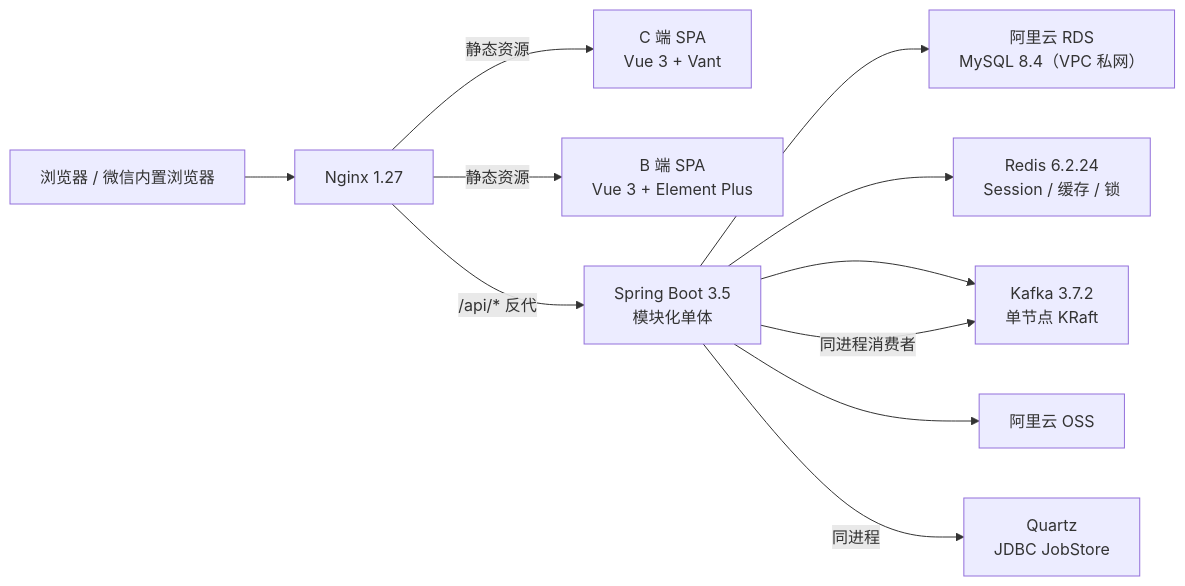
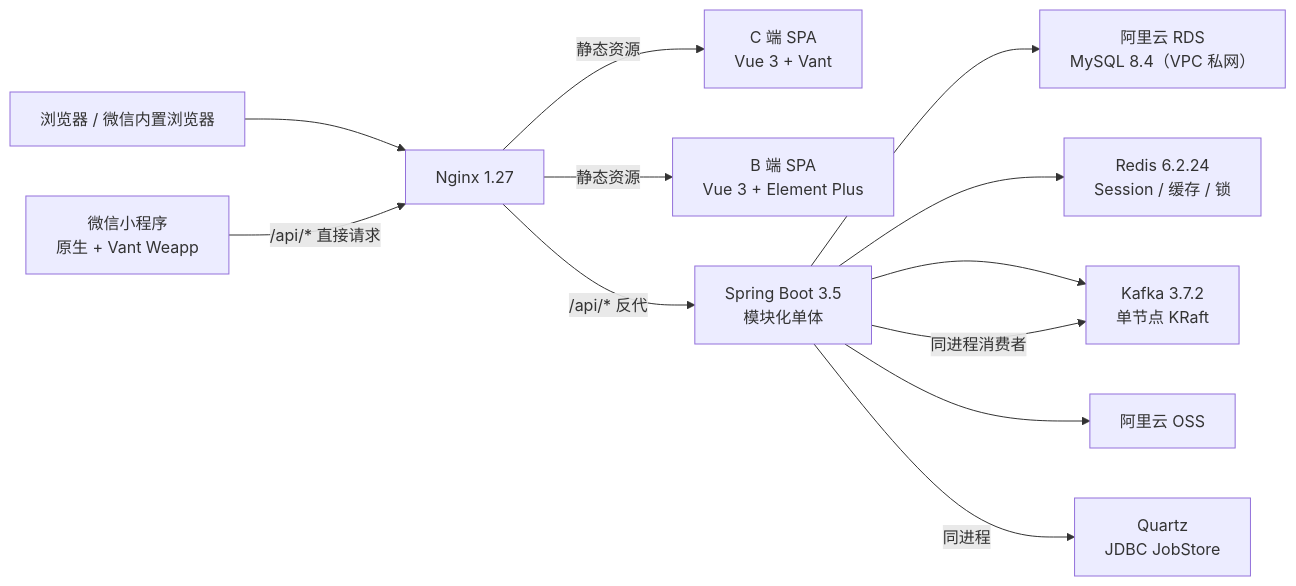
Before and after one commit to zhouyacheng/yunhefc: the first of 7 diagrams in docs/design/03.整体架构设计.md, drawn with Mermaid. The commit also changed other lines of this file and 47 other files, not shown here.

````diff
--- a/docs/design/03.整体架构设计.md
+++ b/docs/design/03.整体架构设计.md
@@ -112,13 +114,14 @@
 ```mermaid
 flowchart LR
   Browser["浏览器 / 微信内置浏览器"] --> Nginx["Nginx 1.27"]
   Nginx -->|"静态资源"| Web["C 端 SPA<br/>Vue 3 + Vant"]
   Nginx -->|"静态资源"| Admin["B 端 SPA<br/>Vue 3 + Element Plus"]
+  Mini["微信小程序<br/>原生 + Vant Weapp"] -->|"/api/* 直接请求"| Nginx
   Nginx -->|"/api/* 反代"| App["Spring Boot 3.5<br/>模块化单体"]
   App --> RDS["阿里云 RDS<br/>MySQL 8.4（VPC 私网）"]
   App --> Redis["Redis 6.2.24<br/>Session / 缓存 / 锁"]
   App --> Kafka["Kafka 3.7.2<br/>单节点 KRaft"]
   App --> OSS["阿里云 OSS"]
   App -->|"同进程"| Quartz["Quartz<br/>JDBC JobStore"]
   App -->|"同进程消费者"| Kafka
 ```
````
